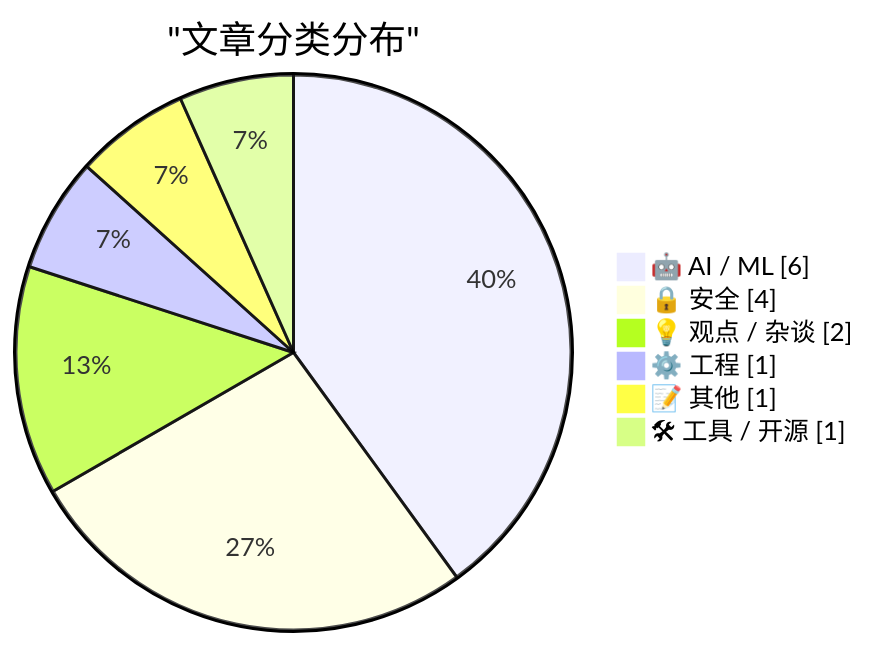
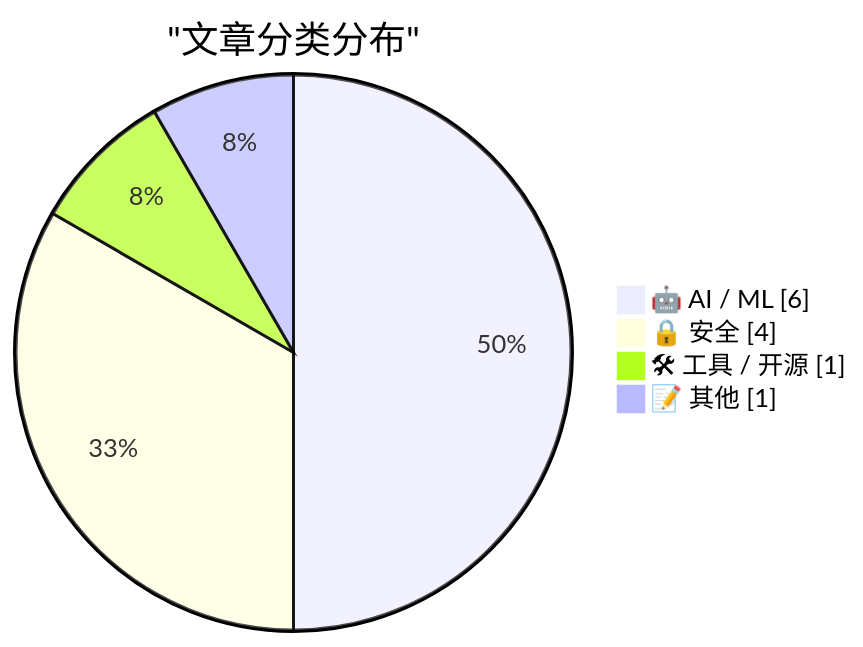
The first of 2 diagrams in digests/digest-20260811.md (Halcyon-ccc/ai-daily-digest), drawn with Mermaid before and after one commit. The commit also changed other lines of this file, not shown here.

````diff
--- a/digests/digest-20260811.md
+++ b/digests/digest-20260811.md
@@ -353,10 +319,8 @@
 ```mermaid
 pie showData
     title "文章分类分布"
     "🤖 AI / ML" : 6
     "🔒 安全" : 4
-    "💡 观点 / 杂谈" : 2
-    "⚙️ 工程" : 1
+    "🛠 工具 / 开源" : 1
     "📝 其他" : 1
-    "🛠 工具 / 开源" : 1
 ```
````
